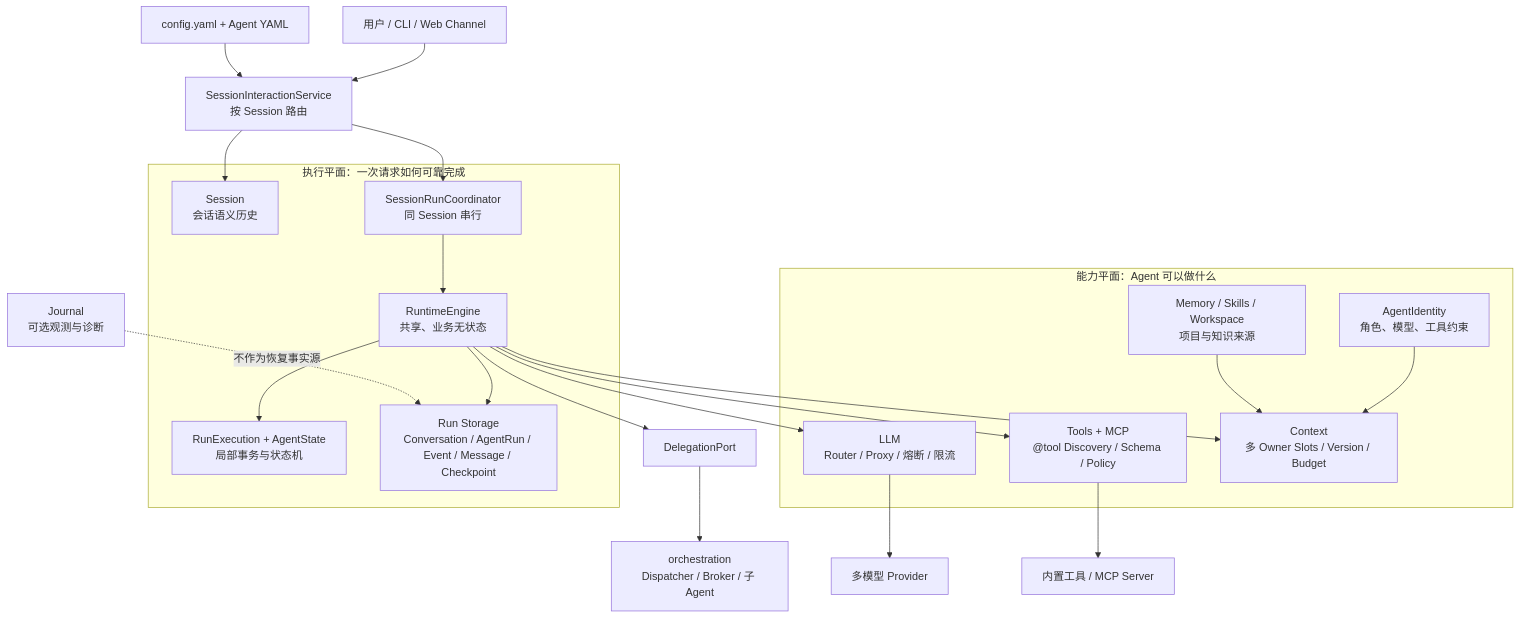
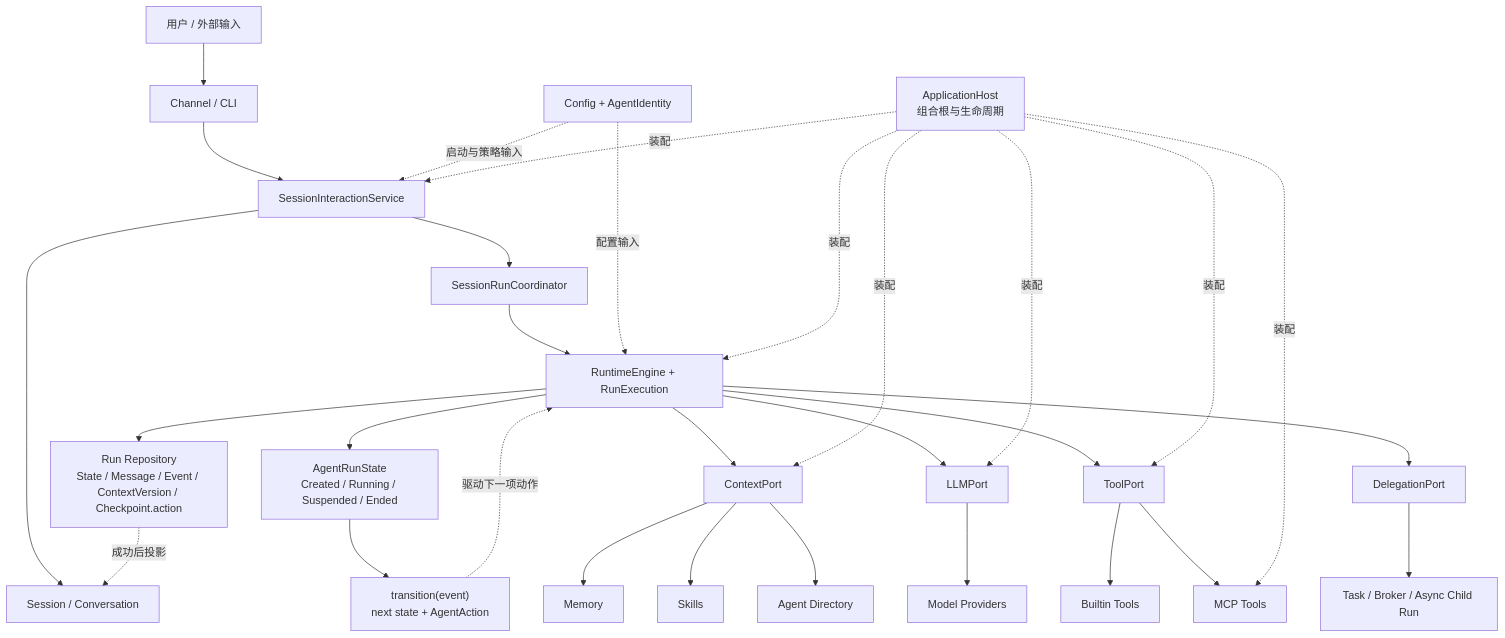
One commit to aandbcct/dotClaw changed the first of 2 diagrams in README.md. Above: the diagram before and after it, drawn with Mermaid. The commit also changed other lines of this file, not shown here.

````diff
--- a/README.md
+++ b/README.md
@@ -28,36 +249,39 @@
 ```mermaid
 flowchart TB
-    User["用户 / CLI / Web Channel"] --> Entry["SessionInteractionService\n按 Session 路由"]
-    Config["config.yaml + Agent YAML"] --> Entry
+    User["用户 / 外部输入"] --> Channel["Channel / CLI"]
+    Channel --> App["SessionInteractionService"]
+    App --> Session["Session / Conversation"]
+    App --> Coordinator["SessionRunCoordinator"]
+    Coordinator --> Runtime["RuntimeEngine + RunExecution"]
 
-    subgraph Capability["能力平面：Agent 可以做什么"]
-        Identity["AgentIdentity\n角色、模型、工具约束"]
-        Router["LLM\nRouter / Proxy / 熔断 / 限流"]
-        Tools["Tools + MCP\n@tool Discovery / Schema / Policy"]
-        Context["Context\n多 Owner Slots / Version / Budget"]
-        Knowledge["Memory / Skills / Workspace\n项目与知识来源"]
-        Identity --> Context
-        Knowledge --> Context
-    end
+    Config["Config + AgentIdentity"] -.启动与策略输入.-> App
+    Config -.配置输入.-> Runtime
 
-    subgraph Execution["执行平面：一次请求如何可靠完成"]
-        Session["Session\n会话语义历史"]
-        Coordinator["SessionRunCoordinator\n同 Session 串行"]
-        Engine["RuntimeEngine\n共享、业务无状态"]
-        Run["RunExecution + AgentState\n局部事务与状态机"]
-        Facts["Run Storage\nConversation / AgentRun / Event / Message / Checkpoint"]
-        Coordinator --> Engine --> Run
-        Engine --> Facts
-    end
+    Runtime --> State["AgentRunState<br/>Created / Running / Suspended / Ended"]
+    State --> Transition["transition(event)<br/>next state + AgentAction"]
+    Transition -.驱动下一项动作.-> Runtime
 
-    Entry --> Session
-    Entry --> Coordinator
-    Engine --> Context
-    Engine --> Router
-    Engine --> Tools
-    Engine --> Delegation["DelegationPort"]
-    Delegation --> Orchestration["orchestration\nDispatcher / Broker / 子 Agent"]
-    Router --> Provider["多模型 Provider"]
-    Tools --> External["内置工具 / MCP Server"]
-    Journal["Journal\n可选观测与诊断"] -. "不作为恢复事实源" .-> Facts
+    Runtime --> Context["ContextPort"]
+    Runtime --> LLM["LLMPort"]
+    Runtime --> Tool["ToolPort"]
+    Runtime --> Delegation["DelegationPort"]
+    Runtime --> Facts["Run Repository<br/>State / Message / Event / ContextVersion / Checkpoint.action"]
+
+    Context --> Memory["Memory"]
+    Context --> Skills["Skills"]
+    Context --> AgentDir["Agent Directory"]
+
+    LLM --> Providers["Model Providers"]
+    Tool --> Builtin["Builtin Tools"]
+    Tool --> MCP["MCP Tools"]
+    Delegation --> Orchestration["Task / Broker / Async Child Run"]
+
+    Facts -.成功后投影.-> Session
+
+    Host["ApplicationHost<br/>组合根与生命周期"] -.装配.-> App
+    Host -.装配.-> Runtime
+    Host -.装配.-> Context
+    Host -.装配.-> LLM
+    Host -.装配.-> Tool
+    Host -.装配.-> MCP
 ```
````
